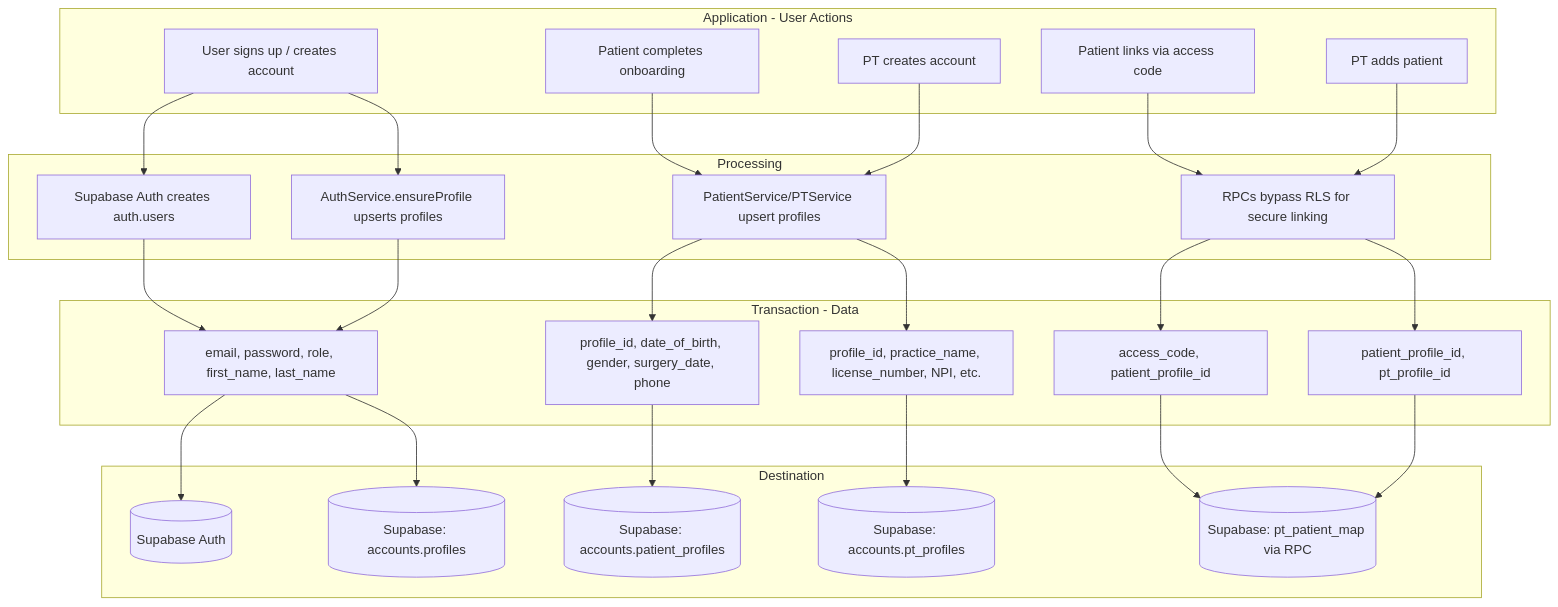
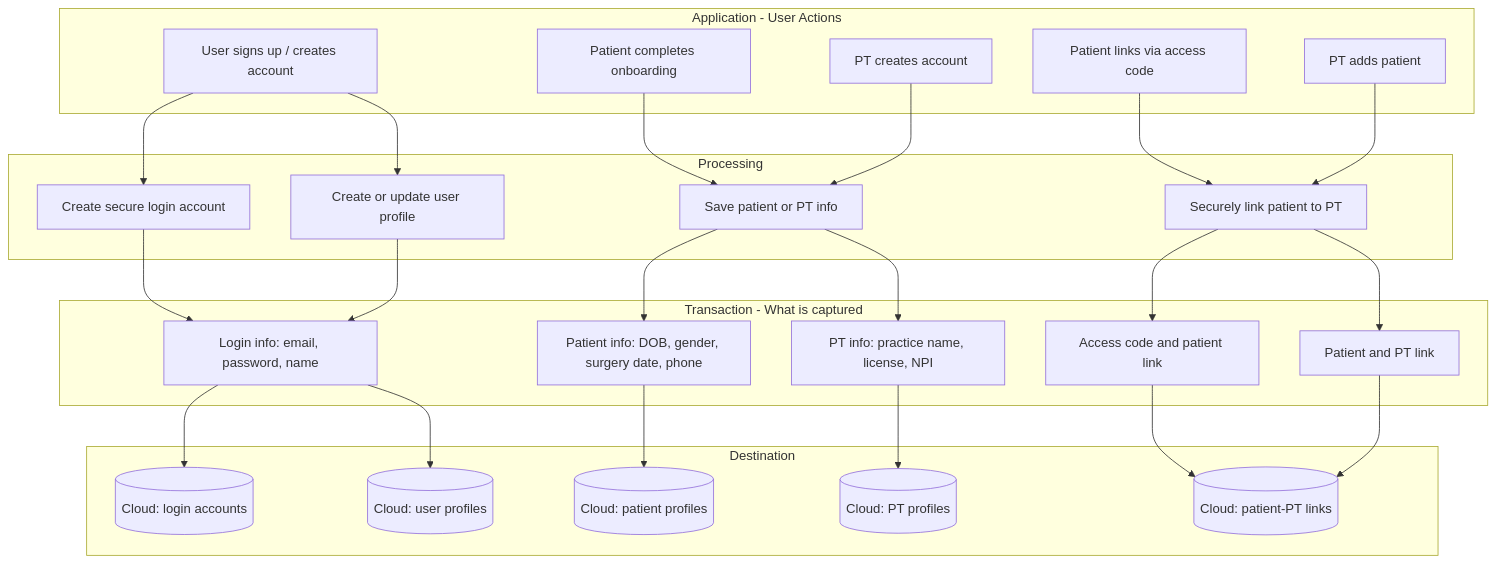
The second of 4 diagrams in docs/DATA_FLOW.md (seanja5/realrehab-mvp), drawn with Mermaid before and after one commit. The commit also changed other lines of this file and 1 other file, not shown here.

Commit message:
Use plain-language labels in data flow diagrams for non-technical audiences

````diff
--- a/docs/DATA_FLOW.md
+++ b/docs/DATA_FLOW.md
@@ -151,40 +151,40 @@
 ```mermaid
 flowchart TB
     subgraph app2 [Application - User Actions]
         A2A[User signs up / creates account]
         A2B[Patient completes onboarding]
         A2C[PT creates account]
         A2D[Patient links via access code]
         A2E[PT adds patient]
     end
 
     subgraph proc2 [Processing]
-        P2A[Supabase Auth creates auth.users]
-        P2B[AuthService.ensureProfile upserts profiles]
-        P2C[PatientService/PTService upsert profiles]
-        P2D[RPCs bypass RLS for secure linking]
+        P2A[Create secure login account]
+        P2B[Create or update user profile]
+        P2C[Save patient or PT info]
+        P2D[Securely link patient to PT]
     end
 
-    subgraph tx2 [Transaction - Data]
-        T2A[email, password, role, first_name, last_name]
-        T2B[profile_id, date_of_birth, gender, surgery_date, phone]
-        T2C[profile_id, practice_name, license_number, NPI, etc.]
-        T2D[access_code, patient_profile_id]
-        T2E[patient_profile_id, pt_profile_id]
+    subgraph tx2 [Transaction - What is captured]
+        T2A[Login info: email, password, name]
+        T2B[Patient info: DOB, gender, surgery date, phone]
+        T2C[PT info: practice name, license, NPI]
+        T2D[Access code and patient link]
+        T2E[Patient and PT link]
     end
 
     subgraph dest2 [Destination]
-        D2A[(Supabase Auth)]
-        D2B[(Supabase: accounts.profiles)]
-        D2C[(Supabase: accounts.patient_profiles)]
-        D2D[(Supabase: accounts.pt_profiles)]
-        D2E[(Supabase: pt_patient_map via RPC)]
+        D2A[(Cloud: login accounts)]
+        D2B[(Cloud: user profiles)]
+        D2C[(Cloud: patient profiles)]
+        D2D[(Cloud: PT profiles)]
+        D2E[(Cloud: patient-PT links)]
     end
 
     A2A --> P2A --> T2A --> D2A
     A2A --> P2B --> T2A --> D2B
     A2B --> P2C --> T2B --> D2C
     A2C --> P2C --> T2C --> D2D
     A2D --> P2D --> T2D --> D2E
     A2E --> P2D --> T2E --> D2E
 ```
````
